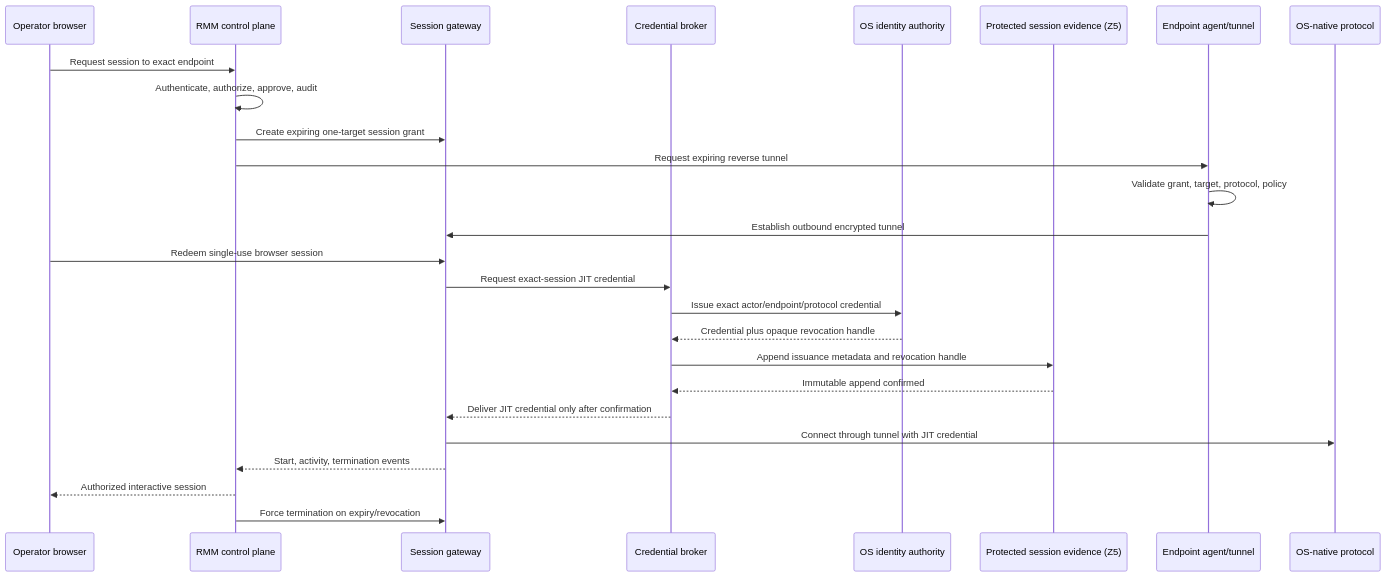
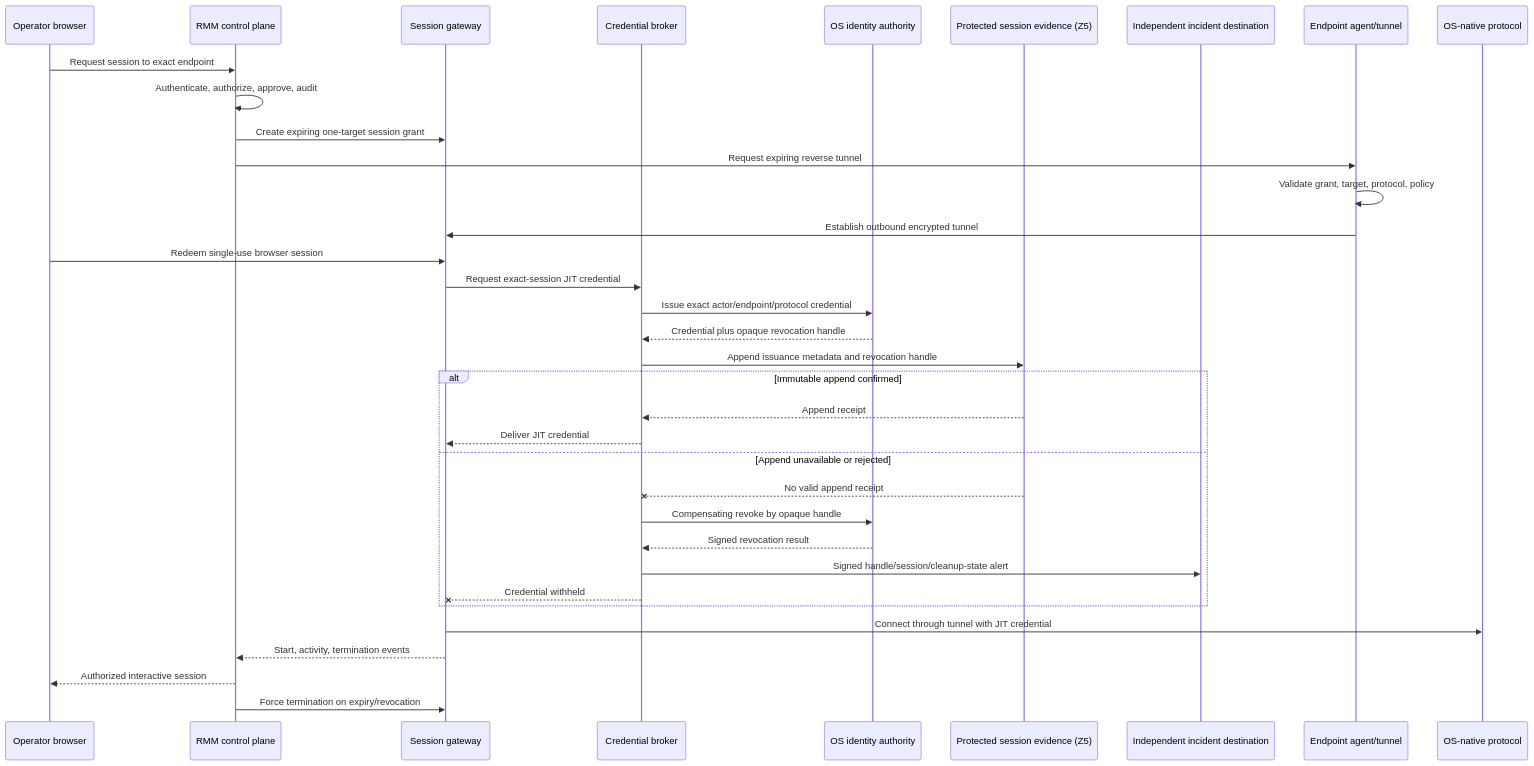
The diagram in docs/architecture/REMOTE_ACCESS.md (Beowxlf/northgate-rmm), drawn with Mermaid before and after one commit. The commit also changed other lines of this file and 4 other files, not shown here.

Commit message:
Close channel and credential revocation gaps

````diff
--- a/docs/architecture/REMOTE_ACCESS.md
+++ b/docs/architecture/REMOTE_ACCESS.md
@@ -24,28 +24,37 @@
 ```mermaid
 sequenceDiagram
   participant O as Operator browser
   participant C as RMM control plane
   participant G as Session gateway
   participant B as Credential broker
   participant I as OS identity authority
   participant E as Protected session evidence (Z5)
+  participant X as Independent incident destination
   participant A as Endpoint agent/tunnel
   participant P as OS-native protocol
   O->>C: Request session to exact endpoint
   C->>C: Authenticate, authorize, approve, audit
   C->>G: Create expiring one-target session grant
   C->>A: Request expiring reverse tunnel
   A->>A: Validate grant, target, protocol, policy
   A->>G: Establish outbound encrypted tunnel
   O->>G: Redeem single-use browser session
   G->>B: Request exact-session JIT credential
   B->>I: Issue exact actor/endpoint/protocol credential
   I-->>B: Credential plus opaque revocation handle
   B->>E: Append issuance metadata and revocation handle
-  E-->>B: Immutable append confirmed
-  B-->>G: Deliver JIT credential only after confirmation
+  alt Immutable append confirmed
+    E-->>B: Append receipt
+    B-->>G: Deliver JIT credential
+  else Append unavailable or rejected
+    E--xB: No valid append receipt
+    B->>I: Compensating revoke by opaque handle
+    I-->>B: Signed revocation result
+    B->>X: Signed handle/session/cleanup-state alert
+    B--xG: Credential withheld
+  end
   G->>P: Connect through tunnel with JIT credential
   G-->>C: Start, activity, termination events
   C-->>O: Authorized interactive session
   C->>G: Force termination on expiry/revocation
 ```
````
